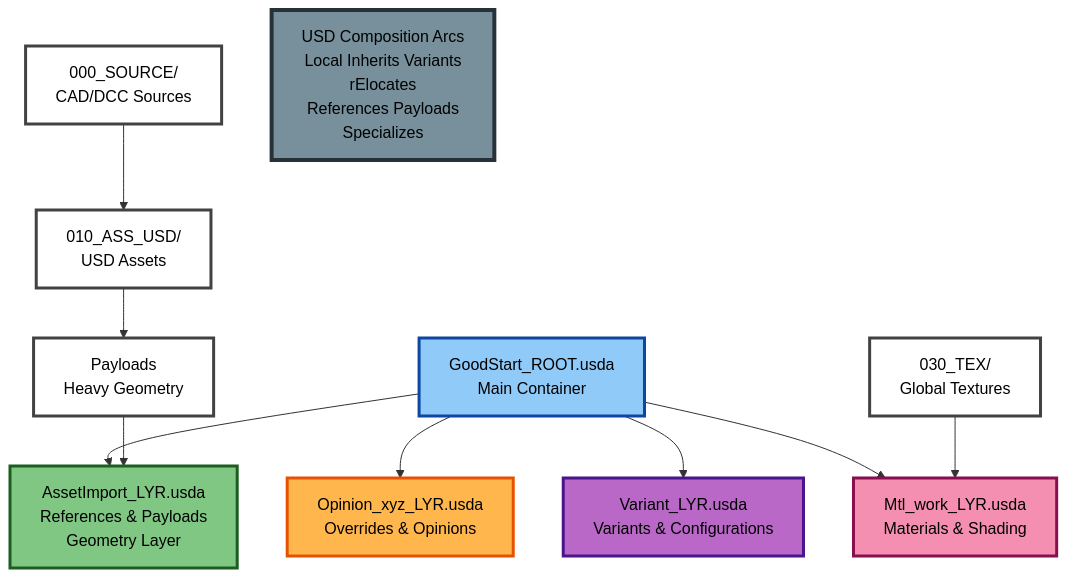
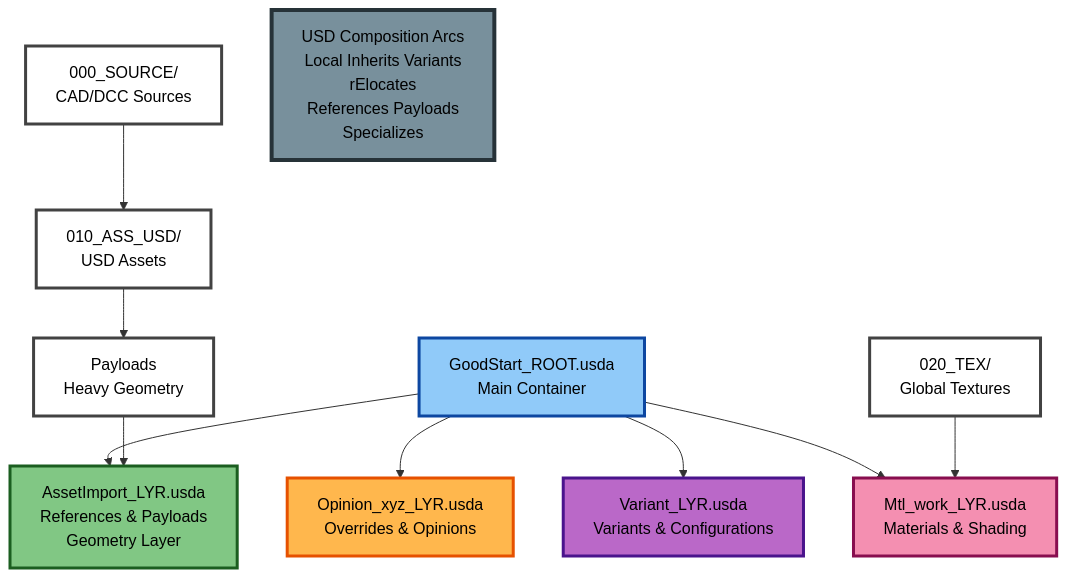
Before and after one commit to jph2/USD_GoodStart: the diagram in README.md, drawn with Mermaid. The commit also changed other lines of this file and 43 other files, not shown here.

````diff
--- a/README.md
+++ b/README.md
@@ -35,26 +35,26 @@
 ```mermaid
 graph TD
     Root[GoodStart_ROOT.usda<br/>Main Container] --> Opinion[Opinion_xyz_LYR.usda<br/>Overrides & Opinions]
     Root --> Variant[Variant_LYR.usda<br/>Variants & Configurations]
     Root --> Material[Mtl_work_LYR.usda<br/>Materials & Shading]
     Root --> Asset[AssetImport_LYR.usda<br/>References & Payloads<br/>Geometry Layer]
     
     Source[000_SOURCE/<br/>CAD/DCC Sources] --> Assets[010_ASS_USD/<br/>USD Assets]
     Assets --> Payloads[Payloads<br/>Heavy Geometry]
     Payloads --> Asset
     
-    Textures[030_TEX/<br/>Global Textures] --> Material
+    Textures[020_TEX/<br/>Global Textures] --> Material
     
     Composition[USD Composition Arcs<br/>Local Inherits Variants<br/>rElocates<br/>References Payloads<br/>Specializes]
     
     style Root fill:#90caf9,stroke:#0d47a1,stroke-width:3px,color:#000
     style Asset fill:#81c784,stroke:#1b5e20,stroke-width:3px,color:#000
     style Opinion fill:#ffb74d,stroke:#e65100,stroke-width:3px,color:#000
     style Variant fill:#ba68c8,stroke:#4a148c,stroke-width:3px,color:#000
     style Material fill:#f48fb1,stroke:#880e4f,stroke-width:3px,color:#000
     style Composition fill:#78909c,stroke:#263238,stroke-width:4px,color:#000
     style Source fill:#ffffff,stroke:#424242,stroke-width:3px,color:#000
     style Textures fill:#ffffff,stroke:#424242,stroke-width:3px,color:#000
     style Assets fill:#ffffff,stroke:#424242,stroke-width:3px,color:#000
     style Payloads fill:#ffffff,stroke:#424242,stroke-width:3px,color:#000
 ```
````
